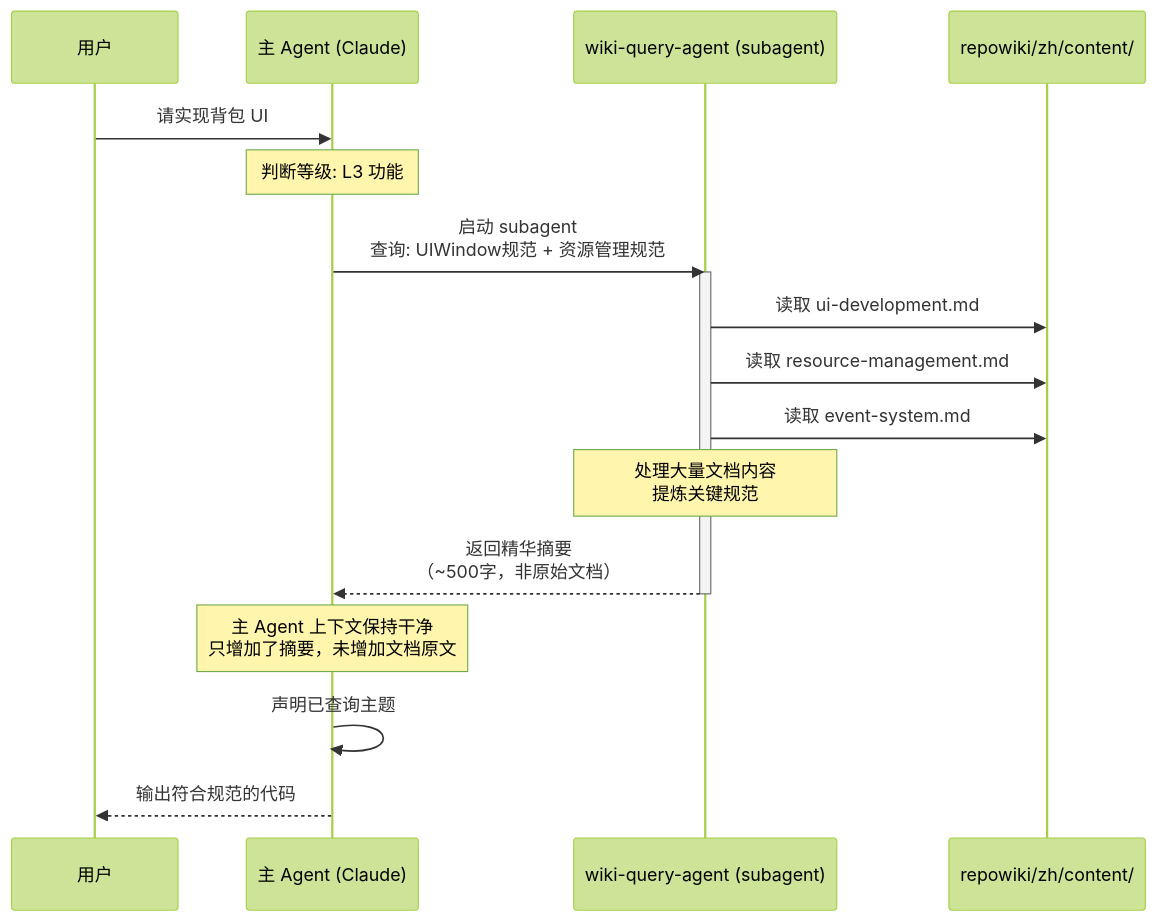
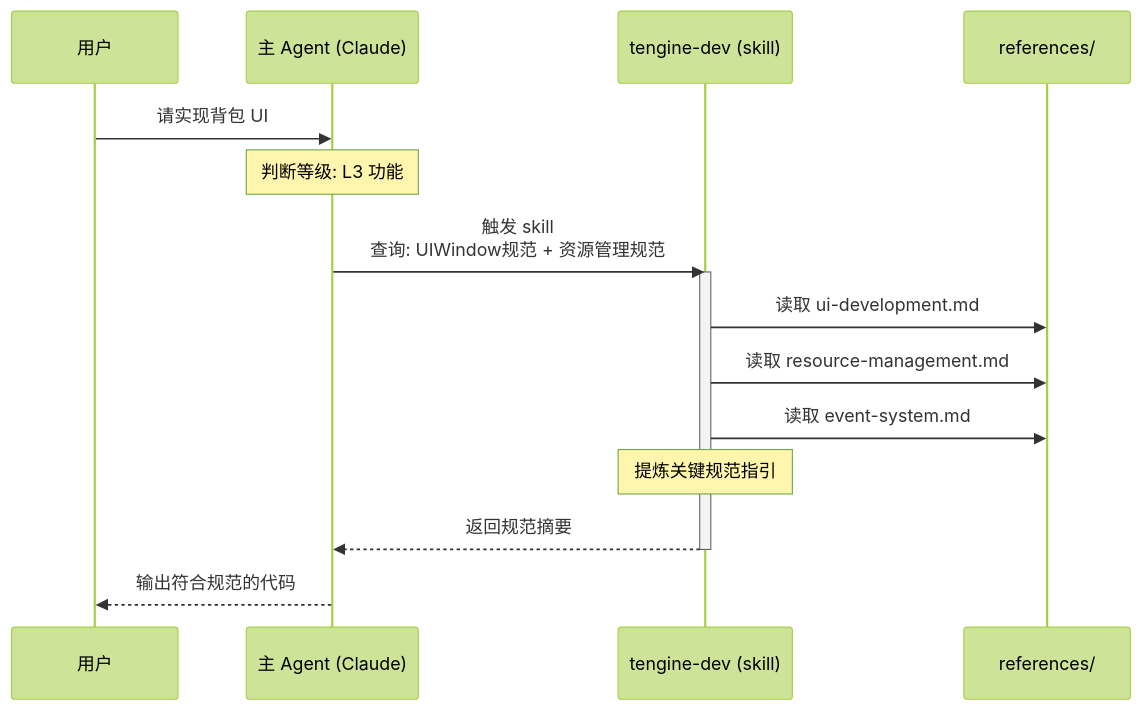
One commit to tpxxn/TEngine changed the second of 14 diagrams in Books/AI-Development-Workflow.md. Above: the diagram before and after it, drawn with Mermaid (forest theme). The commit also changed other lines of this file and 3 other files, not shown here.

First line of the commit message:
Switch docs from wiki-query-agent to tengine-dev skill

````diff
--- a/Books/AI-Development-Workflow.md
+++ b/Books/AI-Development-Workflow.md
@@ -151,23 +148,21 @@
 ```mermaid
 sequenceDiagram
     participant U as 用户
     participant M as 主 Agent (Claude)
-    participant S as wiki-query-agent (subagent)
-    participant W as repowiki/zh/content/
+    participant S as tengine-dev (skill)
+    participant R as references/
 
     U->>M: 请实现背包 UI
     Note over M: 判断等级: L3 功能
-    M->>S: 启动 subagent<br/>查询: UIWindow规范 + 资源管理规范
+    M->>S: 触发 skill<br/>查询: UIWindow规范 + 资源管理规范
 
     activate S
-    S->>W: 读取 ui-development.md
-    S->>W: 读取 resource-management.md
-    S->>W: 读取 event-system.md
-    Note over S: 处理大量文档内容<br/>提炼关键规范
-    S-->>M: 返回精华摘要<br/>（~500字，非原始文档）
+    S->>R: 读取 ui-development.md
+    S->>R: 读取 resource-management.md
+    S->>R: 读取 event-system.md
+    Note over S: 提炼关键规范指引
+    S-->>M: 返回规范摘要
     deactivate S
 
-    Note over M: 主 Agent 上下文保持干净<br/>只增加了摘要，未增加文档原文
-    M->>M: 声明已查询主题
     M-->>U: 输出符合规范的代码
 ```
````
